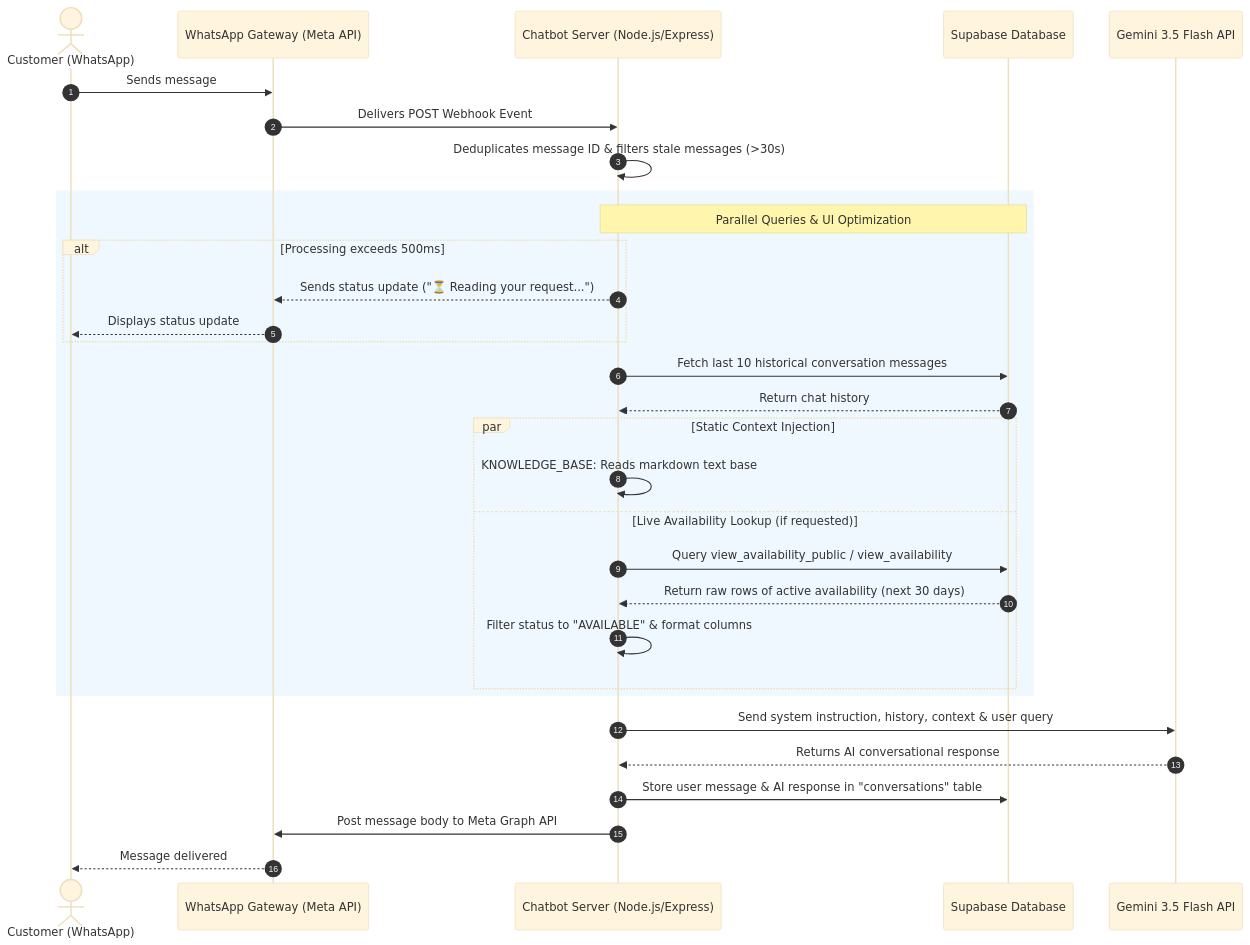
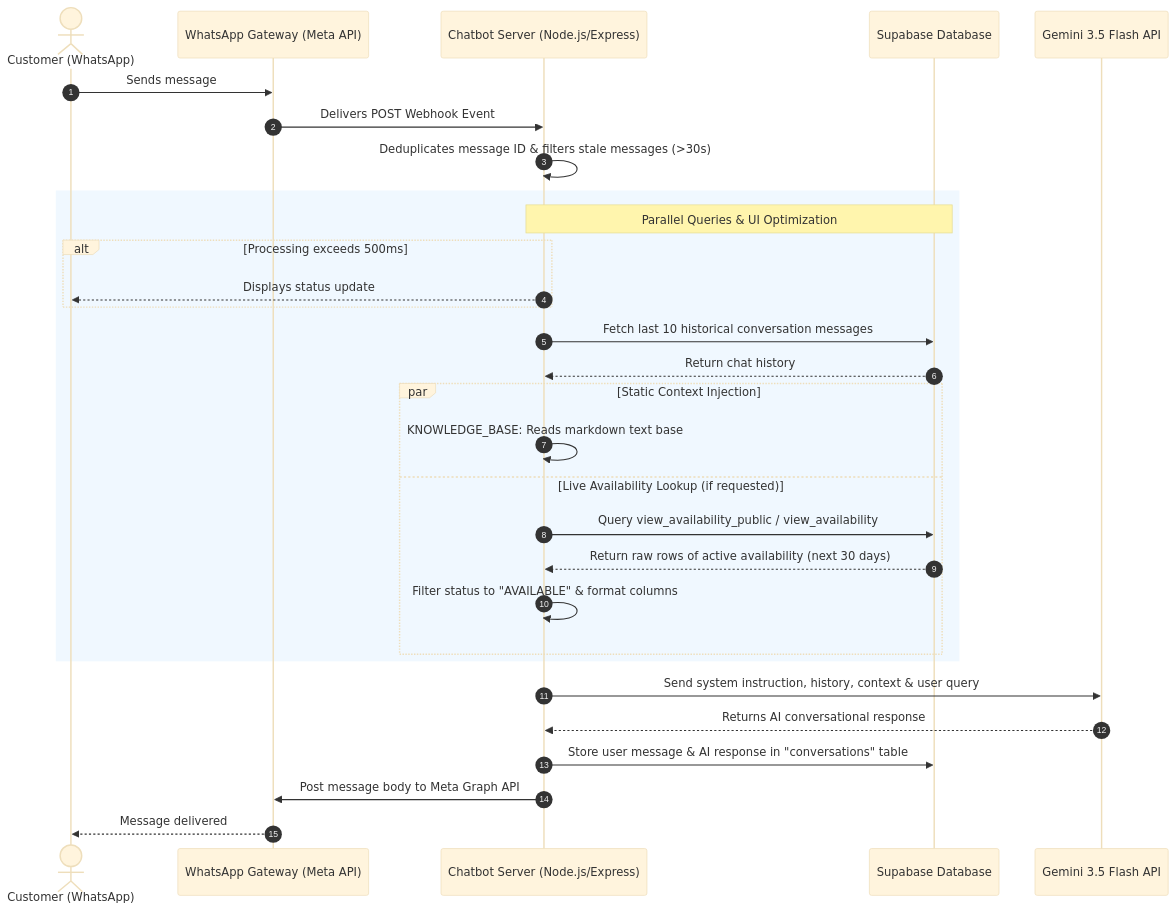
Before and after one commit to lixinneo04/camp_mantap_chatbot: the diagram in README.md, drawn with Mermaid (base theme). The commit also changed other lines of this file, not shown here.

````diff
--- a/README.md
+++ b/README.md
@@ -13,38 +10,37 @@
 ```mermaid
 sequenceDiagram
     autonumber
     actor Customer as Customer (WhatsApp)
     participant WA as WhatsApp Gateway (Meta API)
     participant Srv as Chatbot Server (Node.js/Express)
     participant DB as Supabase Database
     participant AI as Gemini 3.5 Flash API
 
     Customer->>WA: Sends message
     WA->>Srv: Delivers POST Webhook Event
     Srv->>Srv: Deduplicates message ID & filters stale messages (>30s)
     
     rect rgb(240, 248, 255)
         Note over Srv, DB: Parallel Queries & UI Optimization
         alt Processing exceeds 500ms
-            Srv-->>WA: Sends status update ("⏳ Reading your request...")
-            WA-->>Customer: Displays status update
+            Srv-->>Customer: Displays status update
         end
         
         Srv->>DB: Fetch last 10 historical conversation messages
         DB-->>Srv: Return chat history
         
         par Static Context Injection
             Srv->>Srv: KNOWLEDGE_BASE: Reads markdown text base
         and Live Availability Lookup (if requested)
             Srv->>DB: Query view_availability_public / view_availability
             DB-->>Srv: Return raw rows of active availability (next 30 days)
             Srv->>Srv: Filter status to "AVAILABLE" & format columns
         end
     end
 
     Srv->>AI: Send system instruction, history, context & user query
     AI-->>Srv: Returns AI conversational response
     Srv->>DB: Store user message & AI response in "conversations" table
     Srv->>WA: Post message body to Meta Graph API
     WA-->>Customer: Message delivered
 ```
````
